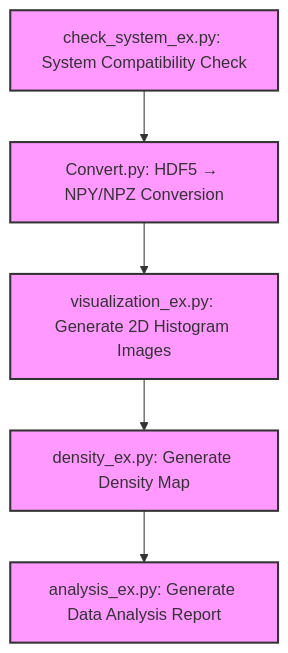
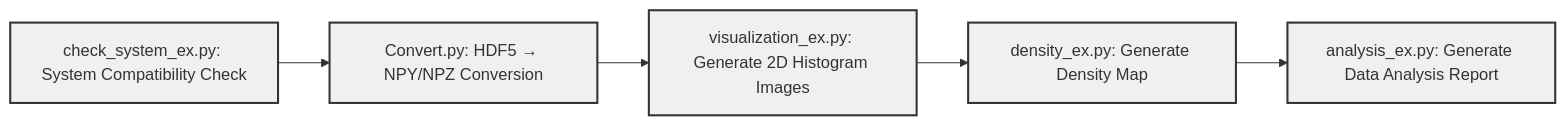
One commit to mmingyeong/Structura changed the diagram in README.md. Above: the diagram before and after it, drawn with Mermaid.

Commit message:
📝 Add Data Processing Workflow diagram using Mermaid.js to README

````diff
--- a/README.md
+++ b/README.md
@@ -56,11 +56,12 @@
 ```mermaid
-graph TD
+graph LR
     A[check_system_ex.py: System Compatibility Check] --> B[Convert.py: HDF5 → NPY/NPZ Conversion]
     B --> C[visualization_ex.py: Generate 2D Histogram Images]
     C --> D[density_ex.py: Generate Density Map]
     D --> E[analysis_ex.py: Generate Data Analysis Report]
     
-    %% Adjust the diagram size
-    classDef default fill:#f9f,stroke:#333,stroke-width:2px,font-family:Arial;
+    %% Adjust the diagram appearance with more neutral colors
+    classDef default fill:#f0f0f0,stroke:#333,stroke-width:2px,font-family:Arial;
     class A,B,C,D,E default;
+
 ```
````
